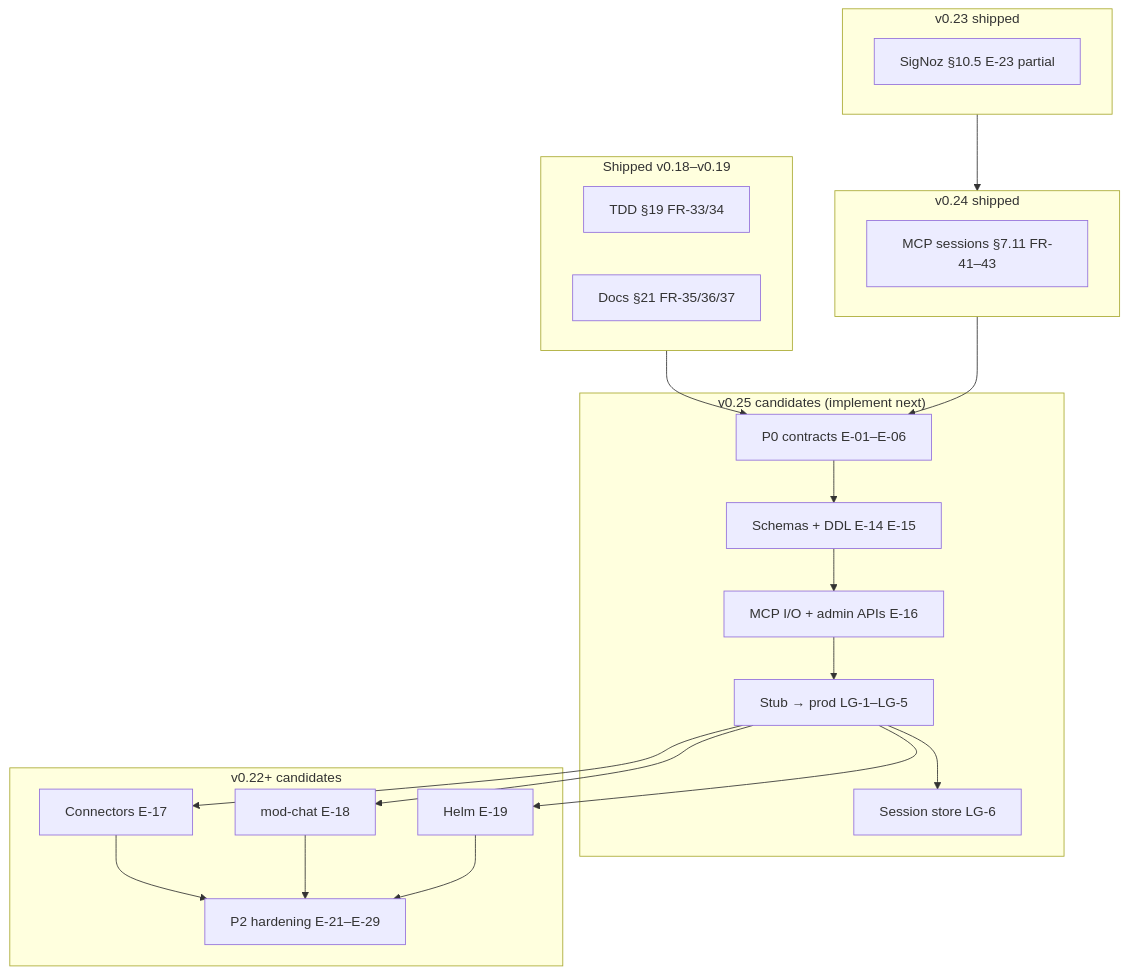
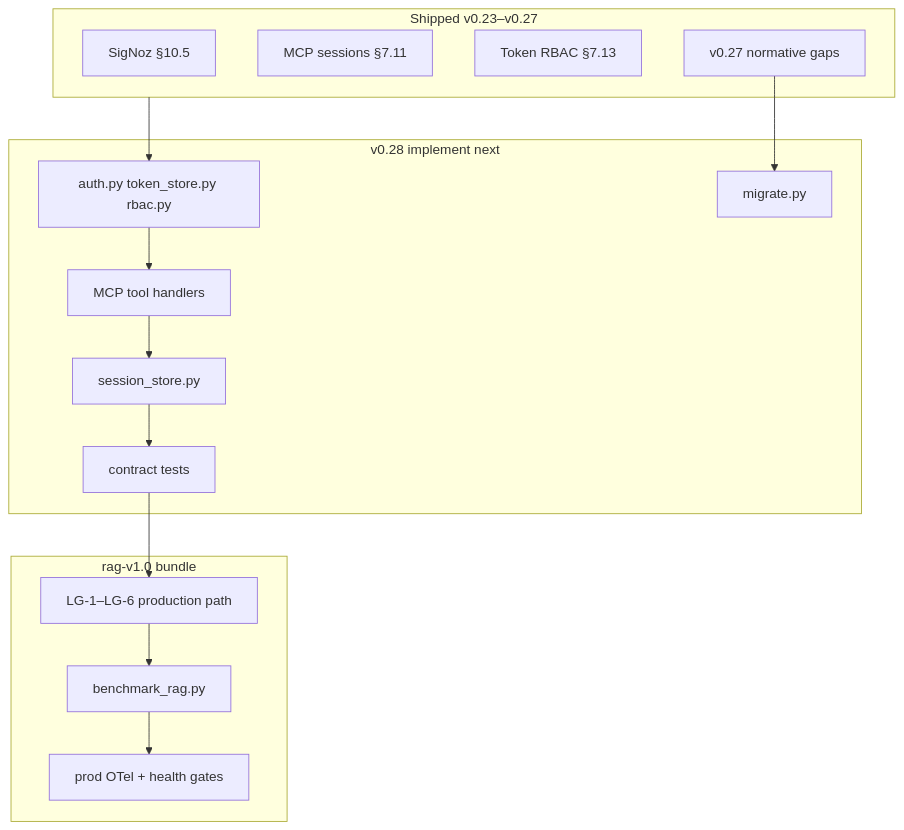
One commit to ashutoshkumarsinha/enterprise-hybrid-rag changed diagram 19 of 20 in ENTERPRISE_HYBRID_RAG_SPEC.md. Above: the diagram before and after it, drawn with Mermaid. The commit also changed other lines of this file and 18 other files, not shown here.

Commit message:
Phase 1 — Spec hygiene & Phase 2 — Normative gaps

````diff
--- a/ENTERPRISE_HYBRID_RAG_SPEC.md
+++ b/ENTERPRISE_HYBRID_RAG_SPEC.md
@@ -3709,36 +3737,28 @@
 ```mermaid
 flowchart TB
-    subgraph done["Shipped v0.18–v0.19"]
-        TDD[TDD §19 FR-33/34]
-        DOC[Docs §21 FR-35/36/37]
+    subgraph shipped["Shipped v0.23–v0.27"]
+        SIGNOZ[SigNoz §10.5]
+        SESS[MCP sessions §7.11]
+        RBAC[Token RBAC §7.13]
+        HYGIENE[v0.27 normative gaps]
     end
 
-    subgraph v025["v0.25 candidates (implement next)"]
-        P0[P0 contracts E-01–E-06]
-        SCH[Schemas + DDL E-14 E-15]
-        MCP[MCP I/O + admin APIs E-16]
-        IMPL[Stub → prod LG-1–LG-5]
-        SESS[Session store LG-6]
+    subgraph v028["v0.28 implement next"]
+        AUTH[auth.py token_store.py rbac.py]
+        HANDLERS[MCP tool handlers]
+        STORE[session_store.py]
+        TESTS[contract tests]
+        MIGRATE[migrate.py]
     end
 
-    subgraph v024["v0.24 shipped"]
-        CONV[MCP sessions §7.11 FR-41–43]
+    subgraph v030["rag-v1.0 bundle"]
+        LG[LG-1–LG-6 production path]
+        BENCH[benchmark_rag.py]
+        PROD[prod OTel + health gates]
     end
 
-    subgraph v023["v0.23 shipped"]
-        SIGNOZ[SigNoz §10.5 E-23 partial]
-    end
-
-    subgraph v022["v0.22+ candidates"]
-        CONN[Connectors E-17]
-        CHAT[mod-chat E-18]
-        HELM[Helm E-19]
-        HARD[P2 hardening E-21–E-29]
-    end
-
-    done --> P0
-    v023 --> v024
-    v024 --> P0
-    P0 --> SCH --> MCP --> IMPL --> SESS
-    IMPL --> CONN & CHAT & HELM --> HARD
+    shipped --> AUTH
+    AUTH --> HANDLERS --> STORE --> TESTS
+    TESTS --> LG --> BENCH --> PROD
+    HYGIENE --> MIGRATE
 ```
````
